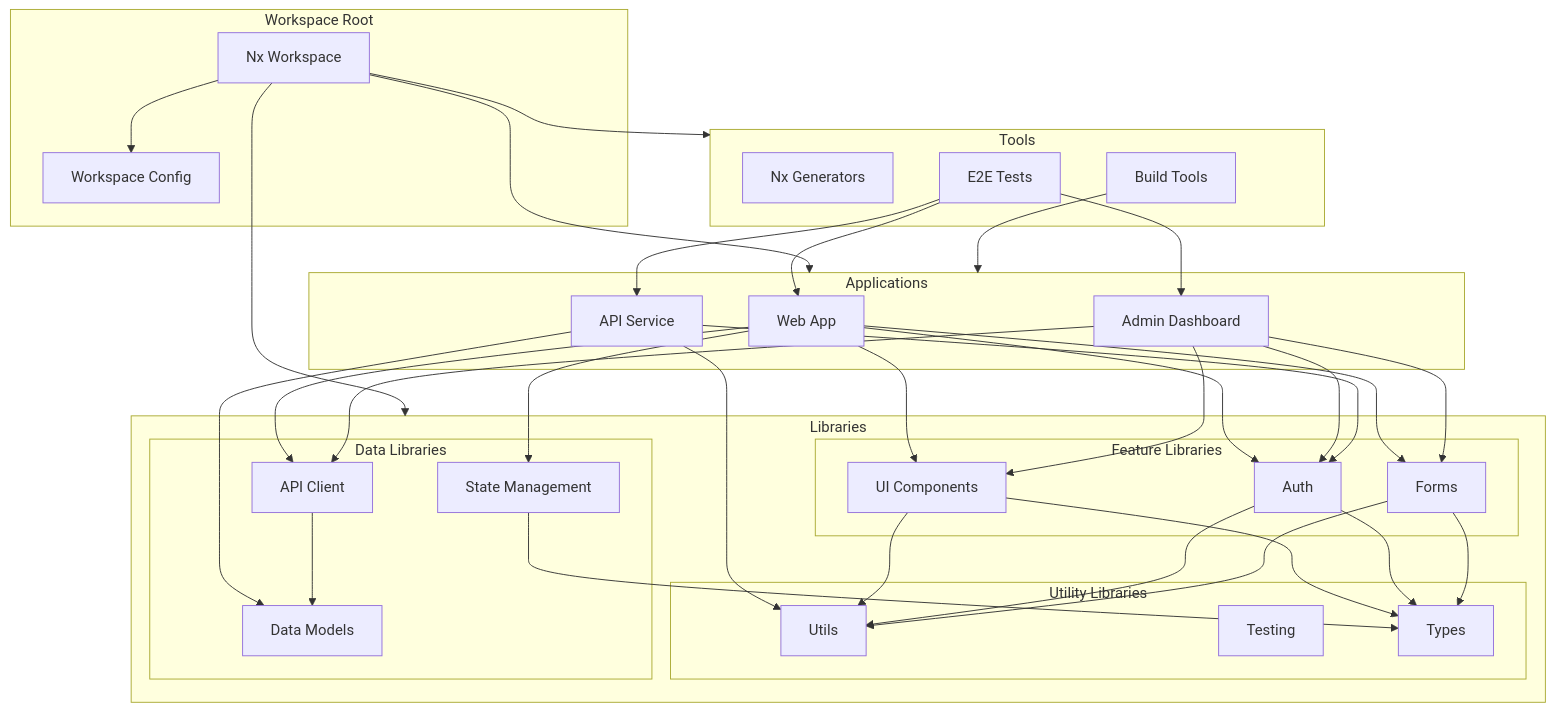
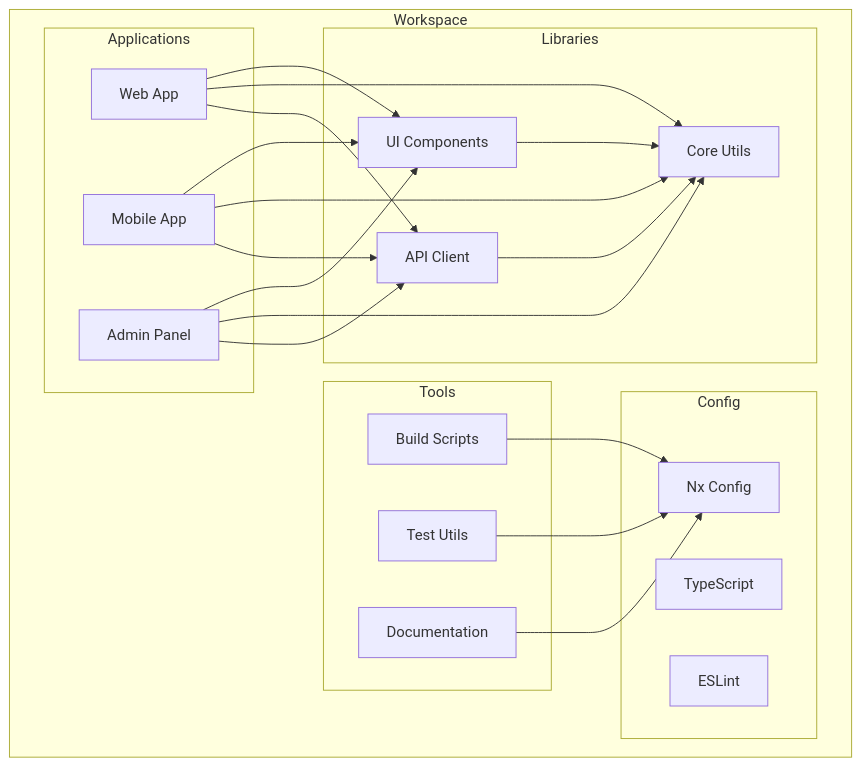
One commit to olehmelnyk/acme changed the first of 2 diagrams in docs/architecture/diagrams/system/workspace-architecture.md. Above: the diagram before and after it, drawn with Mermaid. The commit also changed other lines of this file and 26 other files, not shown here.

````diff
--- a/docs/architecture/diagrams/system/workspace-architecture.md
+++ b/docs/architecture/diagrams/system/workspace-architecture.md
@@ -7,77 +16,45 @@
 ```mermaid
 graph TB
-    subgraph "Workspace Root"
-        NxWorkspace[Nx Workspace]
-        Config[Workspace Config]
-    end
-
-    subgraph "Applications"
-        WebApp[Web App]
-        AdminApp[Admin Dashboard]
-        APIApp[API Service]
-    end
-
-    subgraph "Libraries"
-        subgraph "Feature Libraries"
-            Auth[Auth]
-            UI[UI Components]
-            Forms[Forms]
+    subgraph "Workspace"
+        subgraph "Applications"
+            Web[Web App]
+            Mobile[Mobile App]
+            Admin[Admin Panel]
         end
 
-        subgraph "Utility Libraries"
-            Utils[Utils]
-            Testing[Testing]
-            Types[Types]
+        subgraph "Libraries"
+            UI[UI Components]
+            Core[Core Utils]
+            API[API Client]
         end
 
-        subgraph "Data Libraries"
-            Models[Data Models]
-            API[API Client]
-            Store[State Management]
+        subgraph "Tools"
+            Build[Build Scripts]
+            Test[Test Utils]
+            Docs[Documentation]
+        end
+
+        subgraph "Config"
+            NX[Nx Config]
+            TS[TypeScript]
+            ESLint[ESLint]
         end
     end
 
-    subgraph "Tools"
-        Generators[Nx Generators]
-        E2E[E2E Tests]
-        Build[Build Tools]
-    end
+    Web --> UI
+    Web --> Core
+    Web --> API
+    Mobile --> UI
+    Mobile --> Core
+    Mobile --> API
+    Admin --> UI
+    Admin --> Core
+    Admin --> API
 
-    %% Workspace Connections
-    NxWorkspace --> Config
-    NxWorkspace --> Applications
-    NxWorkspace --> Libraries
-    NxWorkspace --> Tools
+    UI --> Core
+    API --> Core
 
-    %% Application Dependencies
-    WebApp --> UI
-    WebApp --> Auth
-    WebApp --> Forms
-    WebApp --> API
-    WebApp --> Store
-
-    AdminApp --> UI
-    AdminApp --> Auth
-    AdminApp --> Forms
-    AdminApp --> API
-
-    APIApp --> Models
-    APIApp --> Auth
-    APIApp --> Utils
-
-    %% Library Dependencies
-    UI --> Utils
-    UI --> Types
-    Auth --> Utils
-    Auth --> Types
-    Forms --> Utils
-    Forms --> Types
-    API --> Models
-    Store --> Types
-
-    %% Tool Usage
-    E2E --> WebApp
-    E2E --> AdminApp
-    E2E --> APIApp
-    Build --> Applications
+    Build --> NX
+    Test --> NX
+    Docs --> NX
 ```
````
